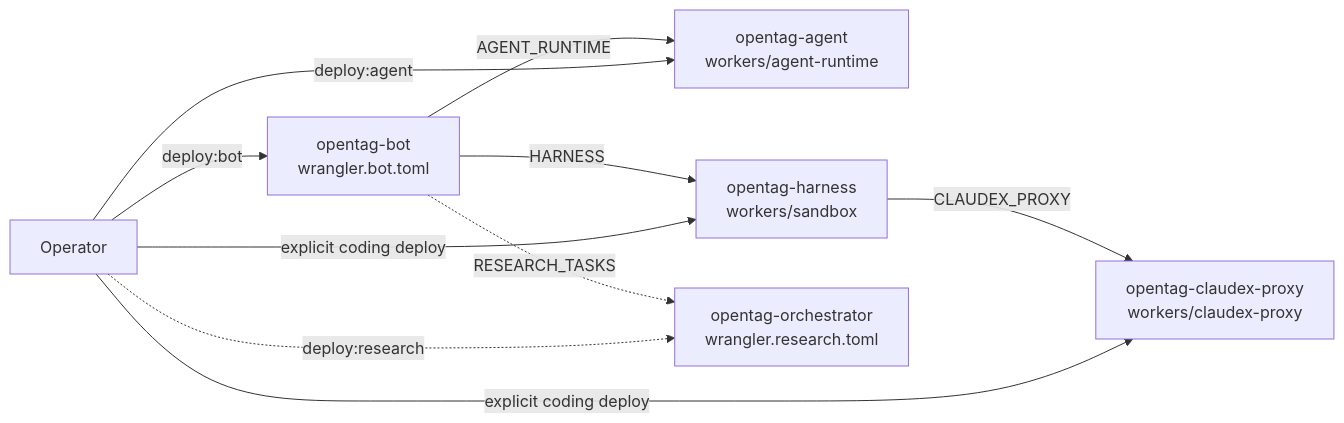
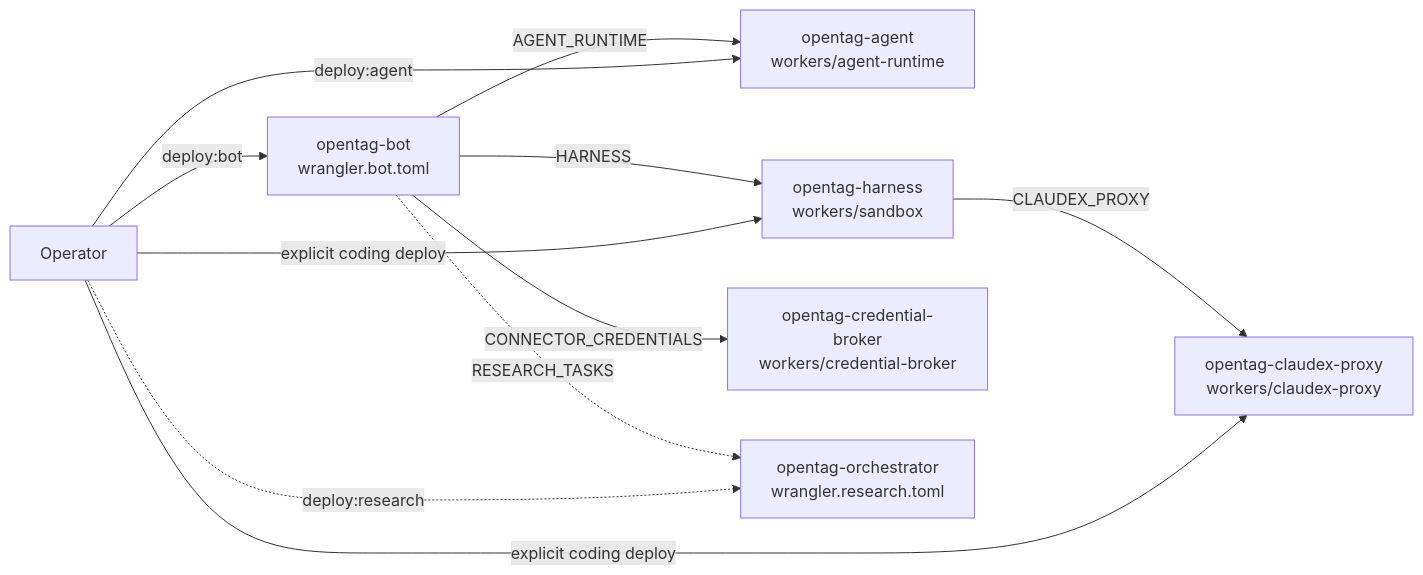
One commit to wcordelo/opentag changed the first of 2 diagrams in docs/operations.md. Above: the diagram before and after it, drawn with Mermaid. The commit also changed other lines of this file and 21 other files, not shown here.

Commit message:
feat: add fail-closed credential broker boundary

````diff
--- a/docs/operations.md
+++ b/docs/operations.md
@@ -13,20 +13,22 @@
 ```mermaid
 flowchart LR
     Operator["Operator"]
     Bot["opentag-bot<br/>wrangler.bot.toml"]
     Agent["opentag-agent<br/>workers/agent-runtime"]
     Harness["opentag-harness<br/>workers/sandbox"]
     Claudex["opentag-claudex-proxy<br/>workers/claudex-proxy"]
+    Broker["opentag-credential-broker<br/>workers/credential-broker"]
     Research["opentag-orchestrator<br/>wrangler.research.toml"]
 
     Operator -->|"deploy:bot"| Bot
     Operator -->|"deploy:agent"| Agent
     Operator -->|"explicit coding deploy"| Claudex
     Operator -->|"explicit coding deploy"| Harness
     Operator -.->|"deploy:research"| Research
 
     Bot -->|"AGENT_RUNTIME"| Agent
     Bot -->|"HARNESS"| Harness
+    Bot -->|"CONNECTOR_CREDENTIALS"| Broker
     Harness -->|"CLAUDEX_PROXY"| Claudex
     Bot -.->|"RESEARCH_TASKS"| Research
 ```
````
